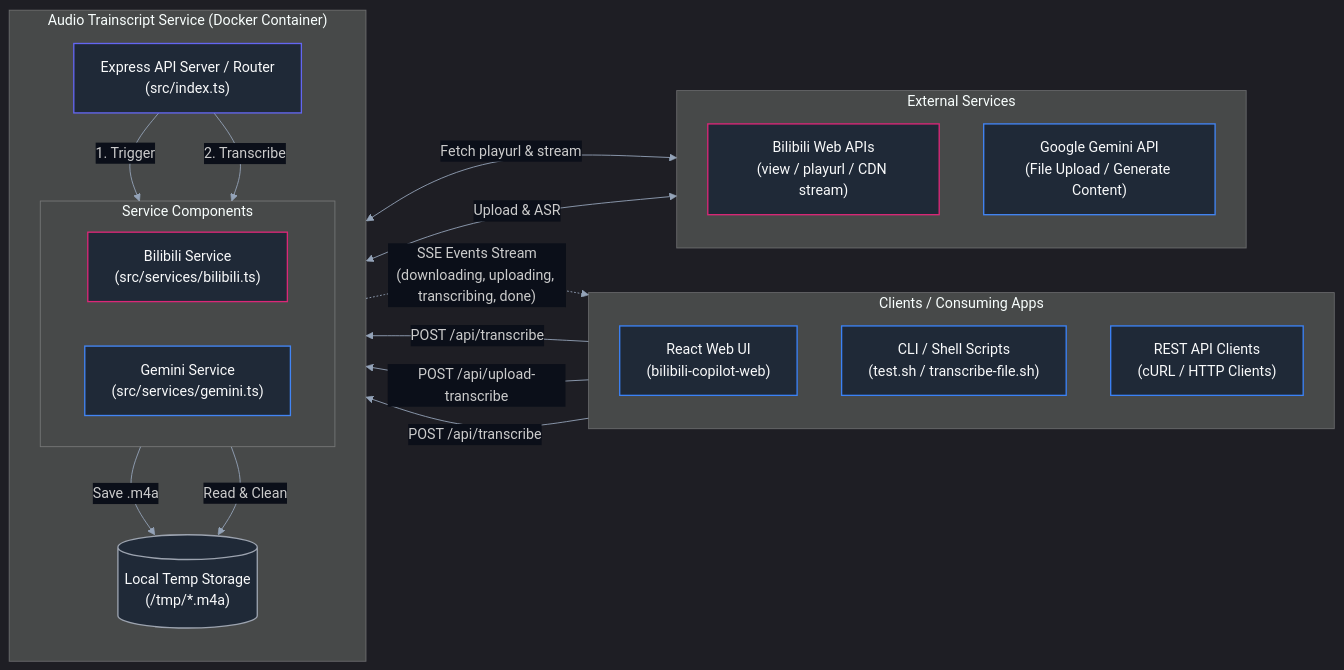
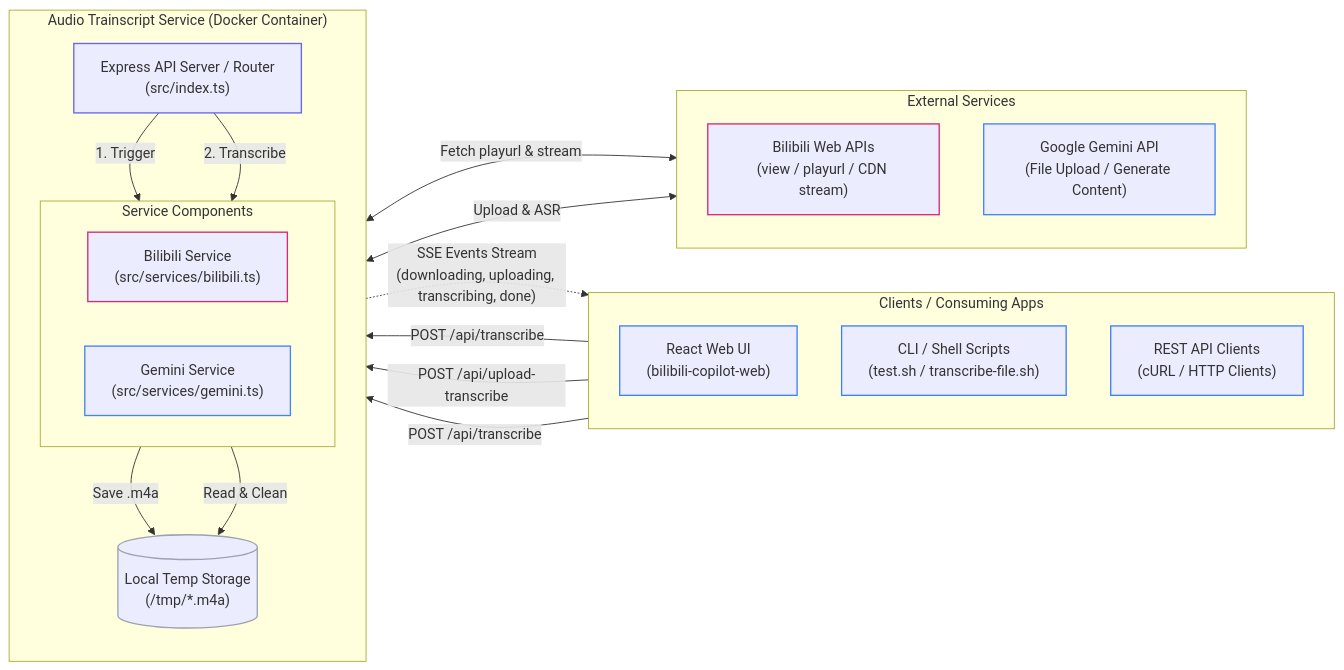
Before and after one commit to YANGZ001/audio-trainscript-service: the diagram in README.md, drawn with Mermaid.

Commit message:
style(docs): support both light and dark system themes for Mermaid diagram

````diff
--- a/README.md
+++ b/README.md
@@ -19,68 +19,56 @@
 ```mermaid
-%%{init: {
-  'theme': 'dark',
-  'themeVariables': {
-    'primaryColor': '#1f2937',
-    'primaryTextColor': '#f9fafb',
-    'primaryBorderColor': '#374151',
-    'lineColor': '#94a3b8',
-    'secondaryColor': '#111827',
-    'tertiaryColor': '#111827',
-    'edgeLabelBackground': '#0b0f19'
-  }
-}}%%
 flowchart LR
     subgraph Clients ["Clients / Consuming Apps"]
         direction TB
         Web["React Web UI<br/>(bilibili-copilot-web)"]
         CLI["CLI / Shell Scripts<br/>(test.sh / transcribe-file.sh)"]
         cURL["REST API Clients<br/>(cURL / HTTP Clients)"]
     end
 
     subgraph Service ["Audio Trainscript Service (Docker Container)"]
         direction TB
         Router["Express API Server / Router<br/>(src/index.ts)"]
         
         subgraph Internal ["Service Components"]
             direction LR
             BiliSrv["Bilibili Service<br/>(src/services/bilibili.ts)"]
             GeminiSrv["Gemini Service<br/>(src/services/gemini.ts)"]
         end
         
         TempDisk[("Local Temp Storage<br/>(/tmp/*.m4a)")]
         
         Router -->|1. Trigger| BiliSrv
         Router -->|2. Transcribe| GeminiSrv
         BiliSrv -->|Save .m4a| TempDisk
         GeminiSrv -->|Read &amp; Clean| TempDisk
     end
 
     subgraph External ["External Services"]
         direction TB
         BiliAPI["Bilibili Web APIs<br/>(view / playurl / CDN stream)"]
         GeminiAPI["Google Gemini API<br/>(File Upload / Generate Content)"]
     end
 
     %% Client Interactions
     Web -->|POST /api/transcribe| Router
     CLI -->|POST /api/upload-transcribe| Router
     cURL -->|POST /api/transcribe| Router
     Router -.->|"SSE Events Stream<br/>(downloading, uploading, transcribing, done)"| Web
 
     %% External API Connections
     BiliSrv <-->|Fetch playurl & stream| BiliAPI
     GeminiSrv <-->|Upload &amp; ASR| GeminiAPI
 
     %% Node Styles
-    classDef client fill:#1f2937,stroke:#3b82f6,stroke-width:1.5px,color:#f9fafb;
-    classDef b站 fill:#1f2937,stroke:#db2777,stroke-width:1.5px,color:#f9fafb;
-    classDef gemini fill:#1f2937,stroke:#4285f4,stroke-width:1.5px,color:#f9fafb;
-    classDef router fill:#1f2937,stroke:#6366f1,stroke-width:1.5px,color:#f9fafb;
-    classDef storage fill:#1f2937,stroke:#9ca3af,stroke-width:1.5px,color:#f9fafb;
+    classDef client stroke:#3b82f6,stroke-width:1.5px;
+    classDef b站 stroke:#db2777,stroke-width:1.5px;
+    classDef gemini stroke:#4285f4,stroke-width:1.5px;
+    classDef router stroke:#6366f1,stroke-width:1.5px;
+    classDef storage stroke:#9ca3af,stroke-width:1.5px;
 
     class Web,CLI,cURL client;
     class BiliSrv,BiliAPI b站;
     class GeminiSrv,GeminiAPI gemini;
     class Router router;
     class TempDisk storage;
 ```
````
